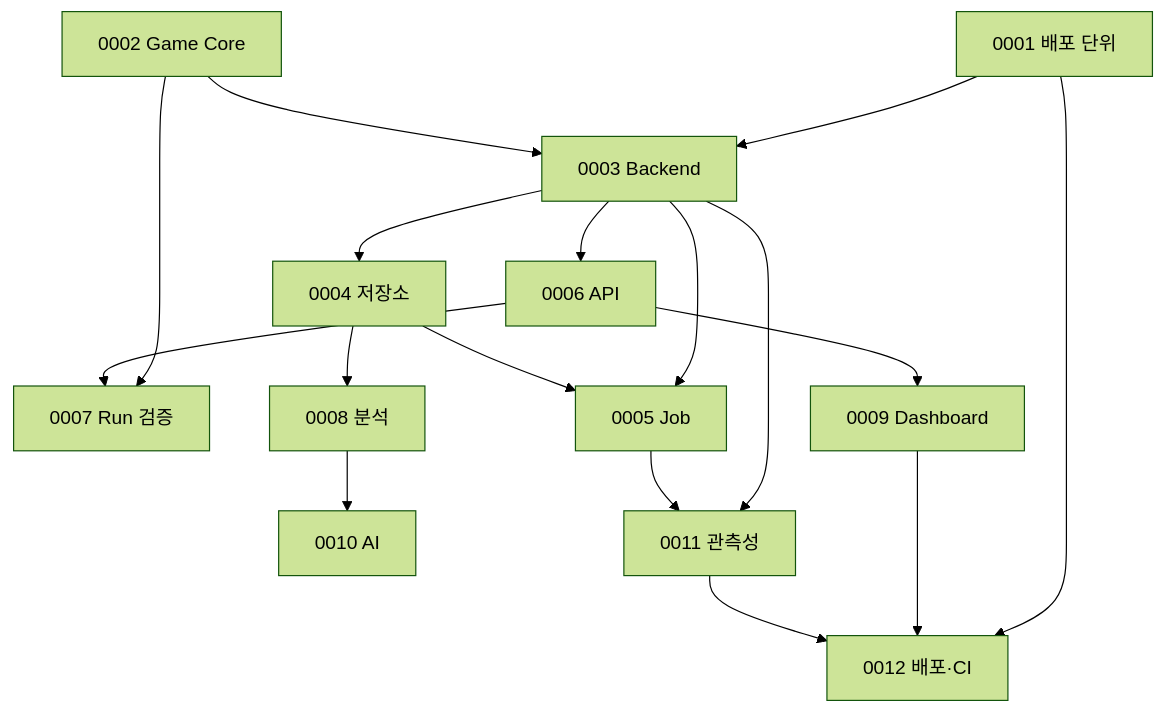
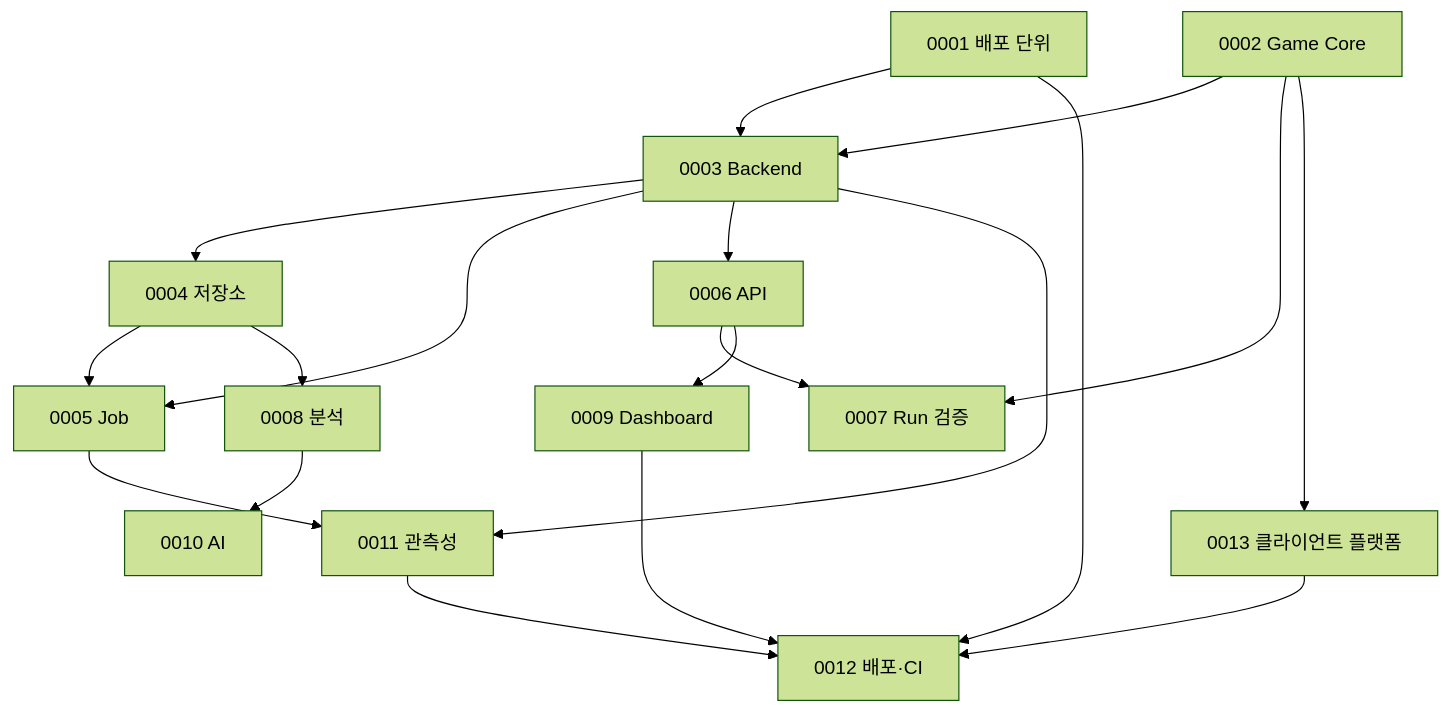
Before and after one commit to cho1124/SimOps: the diagram in docs/09-decision-workshop.md, drawn with Mermaid (forest theme). The commit also changed other lines of this file and 18 other files, not shown here.

````diff
--- a/docs/09-decision-workshop.md
+++ b/docs/09-decision-workshop.md
@@ -118,19 +119,21 @@
 ```mermaid
 flowchart TD
     W1[0001 배포 단위] --> W3[0003 Backend]
     W1 --> W12[0012 배포·CI]
     W2[0002 Game Core] --> W3
     W2 --> W7[0007 Run 검증]
     W3 --> W4[0004 저장소]
     W3 --> W5[0005 Job]
     W3 --> W6[0006 API]
     W4 --> W5
     W4 --> W8[0008 분석]
     W6 --> W7
     W6 --> W9[0009 Dashboard]
     W8 --> W10[0010 AI]
     W3 --> W11[0011 관측성]
     W5 --> W11
     W9 --> W12
     W11 --> W12
+    W2 --> W13[0013 클라이언트 플랫폼]
+    W13 --> W12
 ```
````
